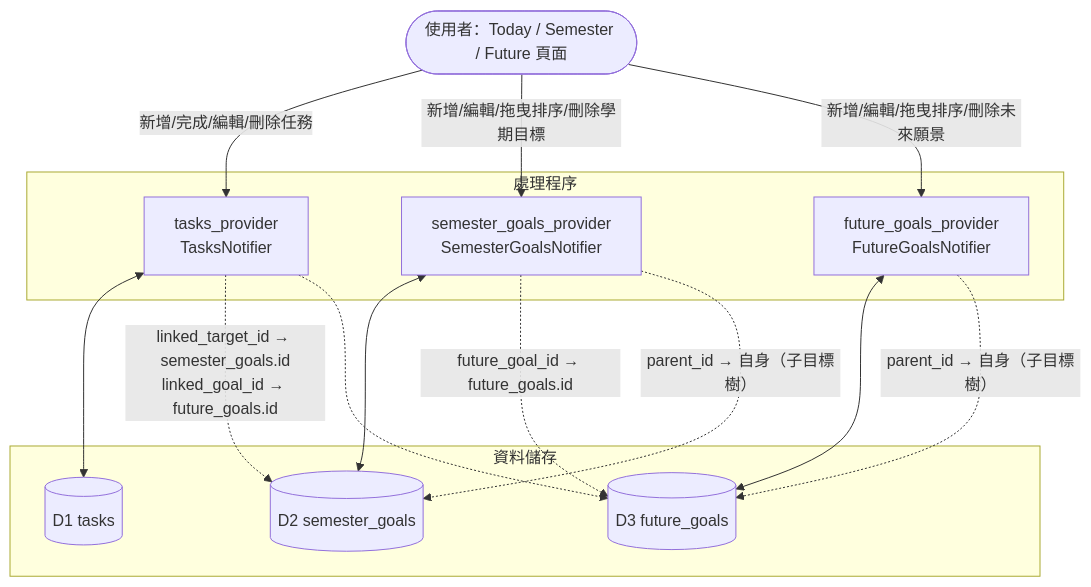
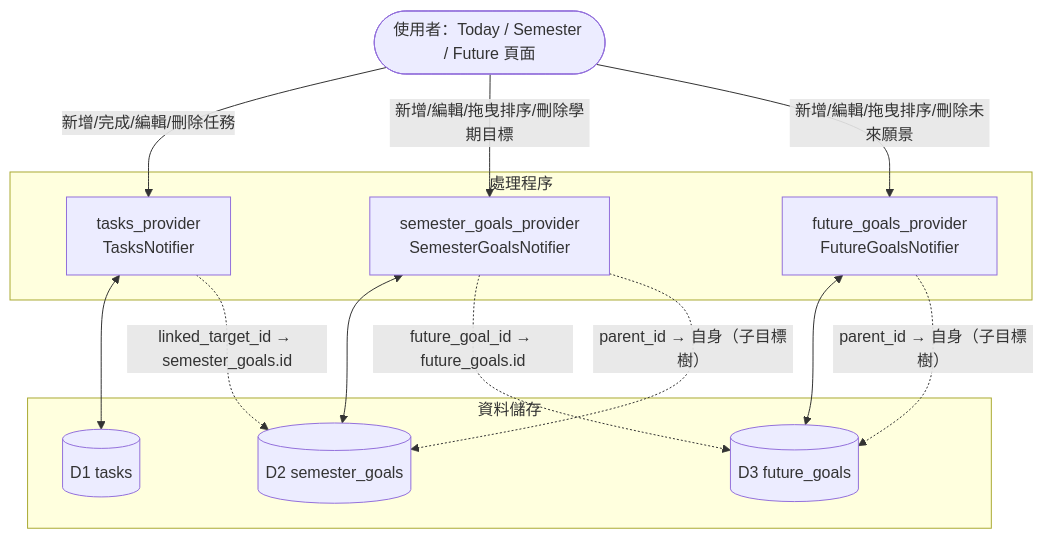
Before and after one commit to octofield/URniversity: the third of 8 diagrams in docs/DFD.md, drawn with Mermaid. The commit also changed other lines of this file and 75 other files, not shown here.

````diff
--- a/docs/DFD.md
+++ b/docs/DFD.md
@@ -105,31 +105,30 @@
 ```mermaid
 flowchart TD
     User(["使用者：Today / Semester / Future 頁面"])
 
     subgraph P["處理程序"]
         PT["tasks_provider\nTasksNotifier"]
         PS["semester_goals_provider\nSemesterGoalsNotifier"]
         PF["future_goals_provider\nFutureGoalsNotifier"]
     end
 
     subgraph D["資料儲存"]
         DT[("D1 tasks")]
         DS[("D2 semester_goals")]
         DF[("D3 future_goals")]
     end
 
     User -- "新增/完成/編輯/刪除任務" --> PT
     PT <--> DT
 
     User -- "新增/編輯/拖曳排序/刪除學期目標" --> PS
     PS <--> DS
 
     User -- "新增/編輯/拖曳排序/刪除未來願景" --> PF
     PF <--> DF
 
-    PT -. "linked_target_id → semester_goals.id\nlinked_goal_id → future_goals.id" .-> DS
-    PT -. " " .-> DF
+    PT -. "linked_target_id → semester_goals.id" .-> DS
     PS -. "future_goal_id → future_goals.id" .-> DF
     PS -. "parent_id → 自身（子目標樹）" .-> DS
     PF -. "parent_id → 自身（子目標樹）" .-> DF
 ```
````
